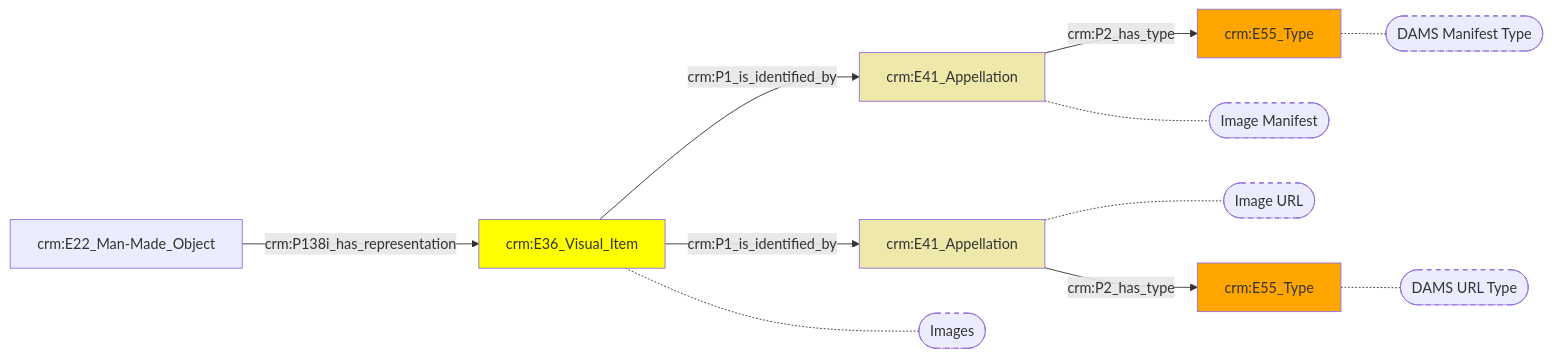
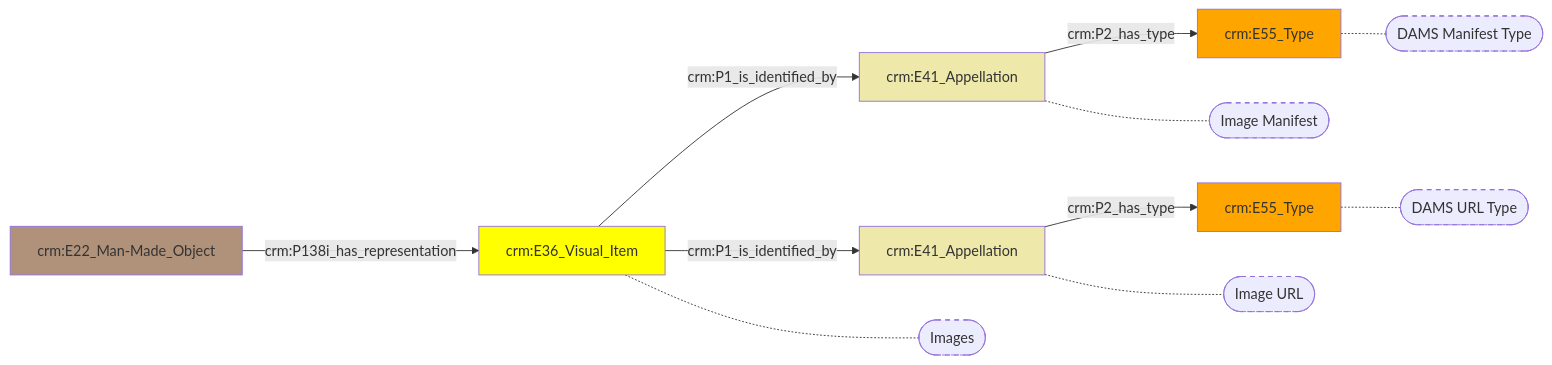
Before and after one commit to digipolisantwerpdocumentation/antwerp-cultureel-erfgoed: the diagram in docs/content/modellen/ArchiefItemMaterieel/Afbeeldingen.md, drawn with Mermaid. The commit also changed 32 other files, not shown here.

````diff
--- a/docs/content/modellen/ArchiefItemMaterieel/Afbeeldingen.md
+++ b/docs/content/modellen/ArchiefItemMaterieel/Afbeeldingen.md
@@ -1,23 +1,24 @@
 ```mermaid
 graph LR
+02571136-e53f-11ed-b522-96a6d245525a["crm:E41_Appellation"]-->|"crm:P2_has_type"|02571564-e53f-11ed-b522-96a6d245525a["crm:E55_Type"]
+02571302-e53f-11ed-b522-96a6d245525a["crm:E36_Visual_Item"]-->|"crm:P1_is_identified_by"|02571136-e53f-11ed-b522-96a6d245525a["crm:E41_Appellation"]
+02571302-e53f-11ed-b522-96a6d245525a["crm:E36_Visual_Item"]-->|"crm:P1_is_identified_by"|0257146a-e53f-11ed-b522-96a6d245525a["crm:E41_Appellation"]
+0257146a-e53f-11ed-b522-96a6d245525a["crm:E41_Appellation"]-->|"crm:P2_has_type"|025714f6-e53f-11ed-b522-96a6d245525a["crm:E55_Type"]
+d1dd96e0-a5fe-11ec-b19f-9cf387da2c40["crm:E22_Man-Made_Object"]-->|"crm:P138i_has_representation"|02571302-e53f-11ed-b522-96a6d245525a["crm:E36_Visual_Item"]
 02571564-e53f-11ed-b522-96a6d245525a["crm:E55_Type"]-.-02571564-e53f-11ed-b522-96a6d245525a_s(["DAMS Manifest Type"])
 02571136-e53f-11ed-b522-96a6d245525a["crm:E41_Appellation"]-.-02571136-e53f-11ed-b522-96a6d245525a_s(["Image Manifest"])
 0257146a-e53f-11ed-b522-96a6d245525a["crm:E41_Appellation"]-.-0257146a-e53f-11ed-b522-96a6d245525a_s(["Image URL"])
 025714f6-e53f-11ed-b522-96a6d245525a["crm:E55_Type"]-.-025714f6-e53f-11ed-b522-96a6d245525a_s(["DAMS URL Type"])
 02571302-e53f-11ed-b522-96a6d245525a["crm:E36_Visual_Item"]-.-02571302-e53f-11ed-b522-96a6d245525a_s(["Images"])
 style 02571564-e53f-11ed-b522-96a6d245525a_s stroke-dasharray: 5
 style 02571136-e53f-11ed-b522-96a6d245525a_s stroke-dasharray: 5
 style 0257146a-e53f-11ed-b522-96a6d245525a_s stroke-dasharray: 5
 style 025714f6-e53f-11ed-b522-96a6d245525a_s stroke-dasharray: 5
 style 02571302-e53f-11ed-b522-96a6d245525a_s stroke-dasharray: 5
 style 02571136-e53f-11ed-b522-96a6d245525a fill:#EEE8AA
 style 02571302-e53f-11ed-b522-96a6d245525a fill:#ffff00
 style 0257146a-e53f-11ed-b522-96a6d245525a fill:#EEE8AA
 style 025714f6-e53f-11ed-b522-96a6d245525a fill:#ffa500
 style 02571564-e53f-11ed-b522-96a6d245525a fill:#ffa500
-02571136-e53f-11ed-b522-96a6d245525a["crm:E41_Appellation"]-->|"crm:P2_has_type"|02571564-e53f-11ed-b522-96a6d245525a["crm:E55_Type"]
-02571302-e53f-11ed-b522-96a6d245525a["crm:E36_Visual_Item"]-->|"crm:P1_is_identified_by"|02571136-e53f-11ed-b522-96a6d245525a["crm:E41_Appellation"]
-02571302-e53f-11ed-b522-96a6d245525a["crm:E36_Visual_Item"]-->|"crm:P1_is_identified_by"|0257146a-e53f-11ed-b522-96a6d245525a["crm:E41_Appellation"]
-0257146a-e53f-11ed-b522-96a6d245525a["crm:E41_Appellation"]-->|"crm:P2_has_type"|025714f6-e53f-11ed-b522-96a6d245525a["crm:E55_Type"]
-d1dd96e0-a5fe-11ec-b19f-9cf387da2c40["crm:E22_Man-Made_Object"]-->|"crm:P138i_has_representation"|02571302-e53f-11ed-b522-96a6d245525a["crm:E36_Visual_Item"]
+style d1dd96e0-a5fe-11ec-b19f-9cf387da2c40 fill:#B0927A
 ```
````
